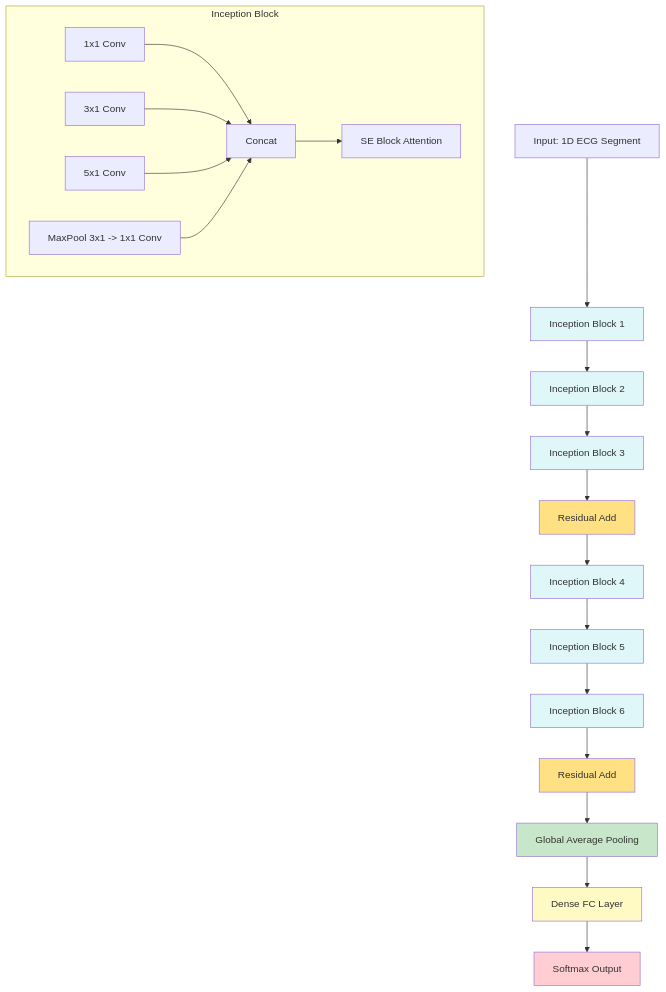
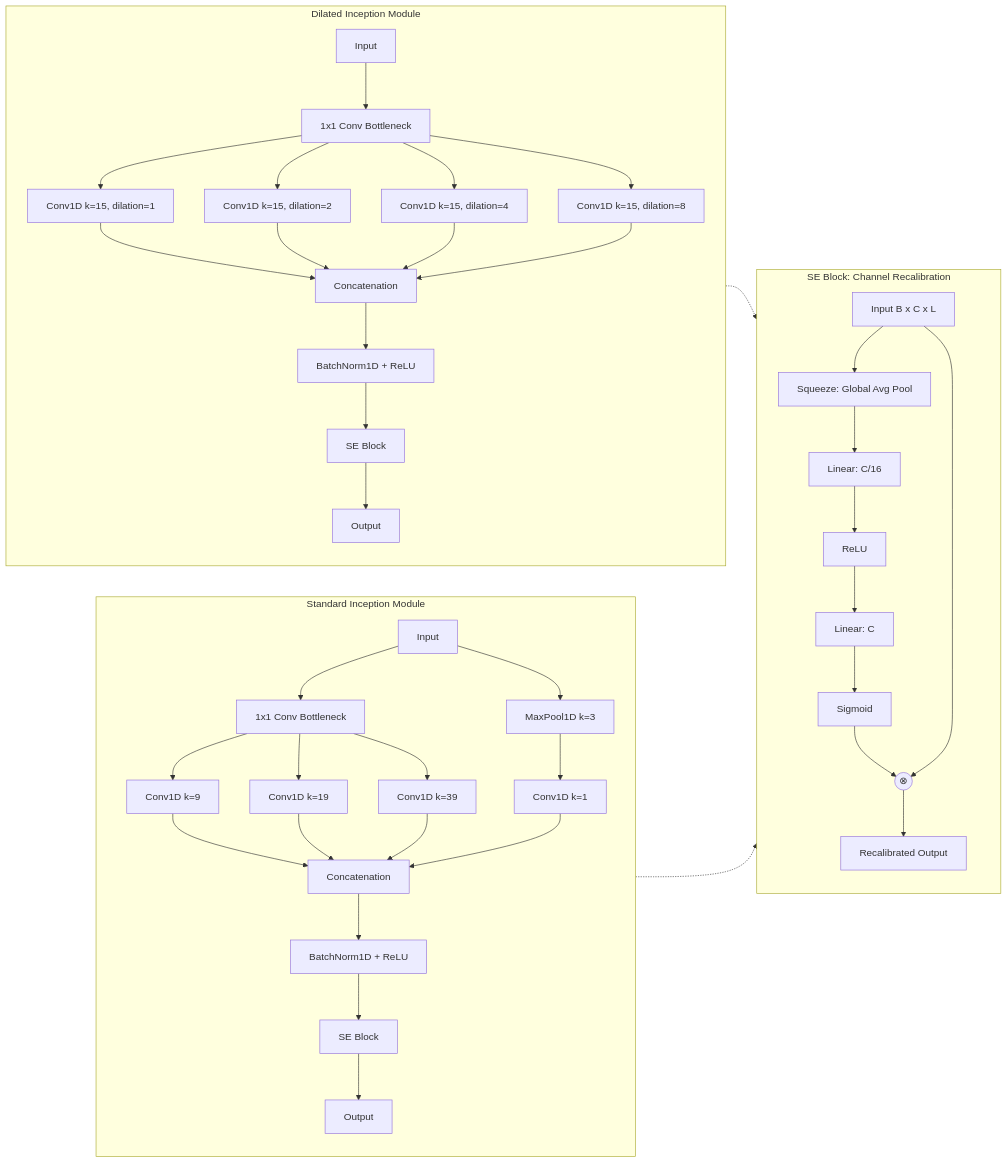
Before and after one commit to HardikNegi9/Guide: the second of 3 diagrams in INCEPTIONTIME_PAPER1_STUDY_GUIDE.md, drawn with Mermaid. The commit also changed other lines of this file and 5 other files, not shown here.

````diff
--- a/INCEPTIONTIME_PAPER1_STUDY_GUIDE.md
+++ b/INCEPTIONTIME_PAPER1_STUDY_GUIDE.md
@@ -25,33 +96,58 @@
 ```mermaid
-flowchart TD
-    A[Input: 1D ECG Segment] --> B[Inception Block 1]
-    B --> C[Inception Block 2]
-    C --> D[Inception Block 3]
-    D --> E[Residual Add]
-    E --> F[Inception Block 4]
-    F --> G[Inception Block 5]
-    G --> H[Inception Block 6]
-    H --> I[Residual Add]
-    I --> J[Global Average Pooling]
-    J --> K[Dense FC Layer]
-    K --> L[Softmax Output]
-    subgraph Inception Block
-        B1[1x1 Conv] 
-        B2[3x1 Conv]
-        B3[5x1 Conv]
-        B4[MaxPool 3x1 -> 1x1 Conv]
-        B1 & B2 & B3 & B4 --> BX[Concat]
-        BX --> BY[SE Block Attention]
+flowchart LR
+    %% Standard Inception Module Breakout
+    subgraph StandardInception [Standard Inception Module]
+         direction TB
+         SI_In[Input] --> SI_Bneck[1x1 Conv Bottleneck]
+         
+         SI_Bneck --> SI_C1[Conv1D k=9]
+         SI_Bneck --> SI_C2[Conv1D k=19]
+         SI_Bneck --> SI_C3[Conv1D k=39]
+         
+         SI_In --> SI_MaxPool[MaxPool1D k=3] --> SI_PoolConv[Conv1D k=1]
+         
+         SI_C1 --> SI_Concat[Concatenation]
+         SI_C2 --> SI_Concat
+         SI_C3 --> SI_Concat
+         SI_PoolConv --> SI_Concat
+         
+         SI_Concat --> SI_Norm[BatchNorm1D + ReLU]
+         SI_Norm --> SI_SE[SE Block]
+         SI_SE --> SI_Out[Output]
     end
-    style B fill:#e0f7fa
-    style C fill:#e0f7fa
-    style D fill:#e0f7fa
-    style F fill:#e0f7fa
-    style G fill:#e0f7fa
-    style H fill:#e0f7fa
-    style E fill:#ffe082
-    style I fill:#ffe082
-    style J fill:#c8e6c9
-    style K fill:#fff9c4
-    style L fill:#ffcdd2
+    
+    %% Dilated Inception Module Breakout
+    subgraph DilatedInception [Dilated Inception Module]
+         direction TB
+         DI_In[Input] --> DI_Bneck[1x1 Conv Bottleneck]
+         
+         DI_Bneck --> DI_D1[Conv1D k=15, dilation=1]
+         DI_Bneck --> DI_D2[Conv1D k=15, dilation=2]
+         DI_Bneck --> DI_D3[Conv1D k=15, dilation=4]
+         DI_Bneck --> DI_D4[Conv1D k=15, dilation=8]
+         
+         DI_D1 --> DI_Concat[Concatenation]
+         DI_D2 --> DI_Concat
+         DI_D3 --> DI_Concat
+         DI_D4 --> DI_Concat
+         
+         DI_Concat --> DI_Norm[BatchNorm1D + ReLU]
+         DI_Norm --> DI_SE[SE Block]
+         DI_SE --> DI_Out[Output]
+    end
+    
+    %% Common SE Block Details
+    subgraph SEDetails [SE Block: Channel Recalibration]
+        SE_In[Input B x C x L] --> SE_Sq[Squeeze: Global Avg Pool]
+        SE_Sq --> SE_Lin1[Linear: C/16]
+        SE_Lin1 --> SE_ReLU[ReLU]
+        SE_ReLU --> SE_Lin2[Linear: C]
+        SE_Lin2 --> SE_Sigmoid[Sigmoid]
+        SE_Sigmoid --> SE_Mult((⊗))
+        SE_In --> SE_Mult
+        SE_Mult --> SE_Out_Final[Recalibrated Output]
+    end
+    
+    SI_SE -.-> SEDetails
+    DI_SE -.-> SEDetails
 ```
````
